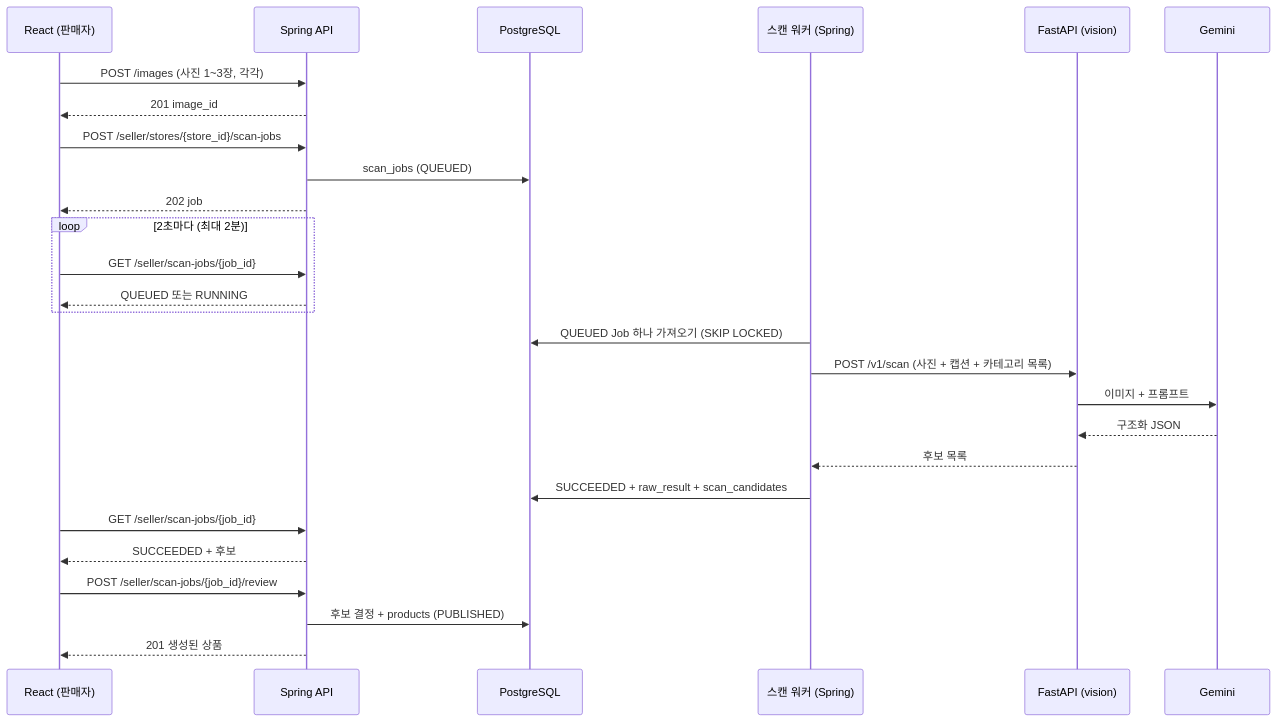
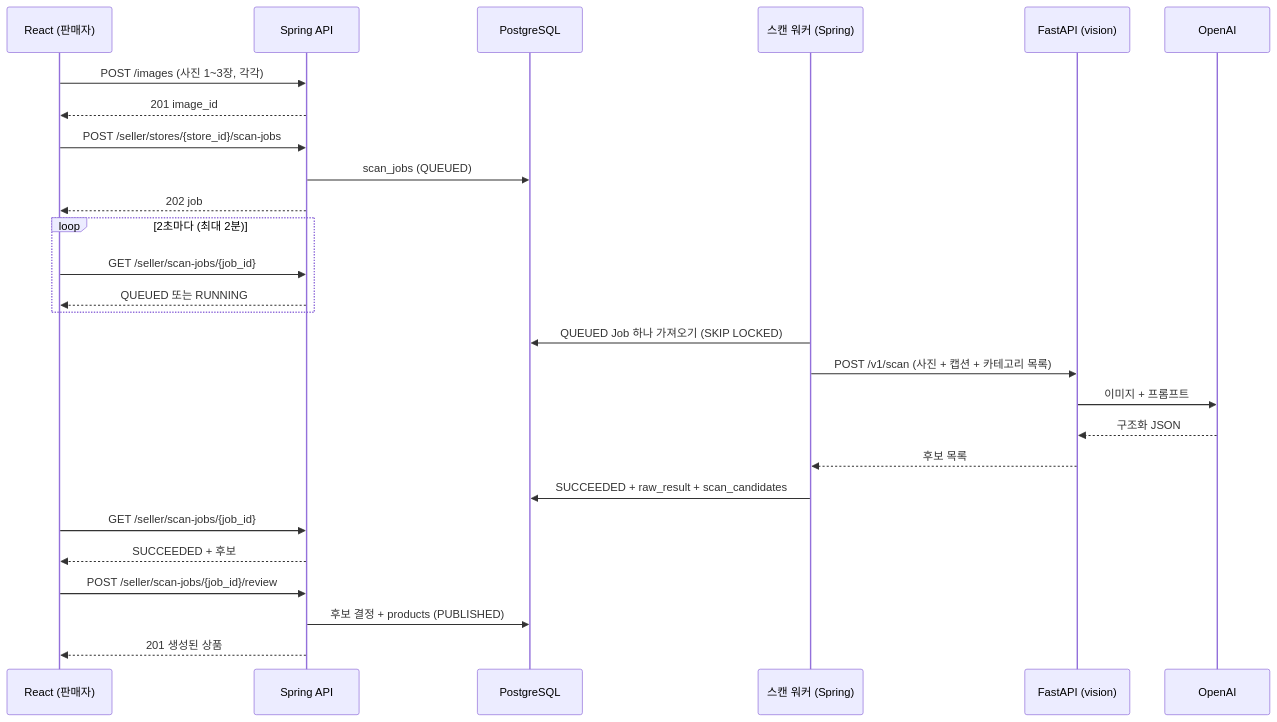
The diagram in docs/03-api.md (Xerang/Visual-LLM-test), drawn with Mermaid before and after one commit. The commit also changed other lines of this file and 9 other files, not shown here.

````diff
--- a/docs/03-api.md
+++ b/docs/03-api.md
@@ -164,29 +164,29 @@
 ```mermaid
 sequenceDiagram
     participant R as React (판매자)
     participant S as Spring API
     participant D as PostgreSQL
     participant W as 스캔 워커 (Spring)
     participant V as FastAPI (vision)
-    participant G as Gemini
+    participant G as OpenAI
     R->>S: POST /images (사진 1~3장, 각각)
     S-->>R: 201 image_id
     R->>S: POST /seller/stores/{store_id}/scan-jobs
     S->>D: scan_jobs (QUEUED)
     S-->>R: 202 job
     loop 2초마다 (최대 2분)
         R->>S: GET /seller/scan-jobs/{job_id}
         S-->>R: QUEUED 또는 RUNNING
     end
     W->>D: QUEUED Job 하나 가져오기 (SKIP LOCKED)
     W->>V: POST /v1/scan (사진 + 캡션 + 카테고리 목록)
     V->>G: 이미지 + 프롬프트
     G-->>V: 구조화 JSON
     V-->>W: 후보 목록
     W->>D: SUCCEEDED + raw_result + scan_candidates
     R->>S: GET /seller/scan-jobs/{job_id}
     S-->>R: SUCCEEDED + 후보
     R->>S: POST /seller/scan-jobs/{job_id}/review
     S->>D: 후보 결정 + products (PUBLISHED)
     S-->>R: 201 생성된 상품
 ```
````
